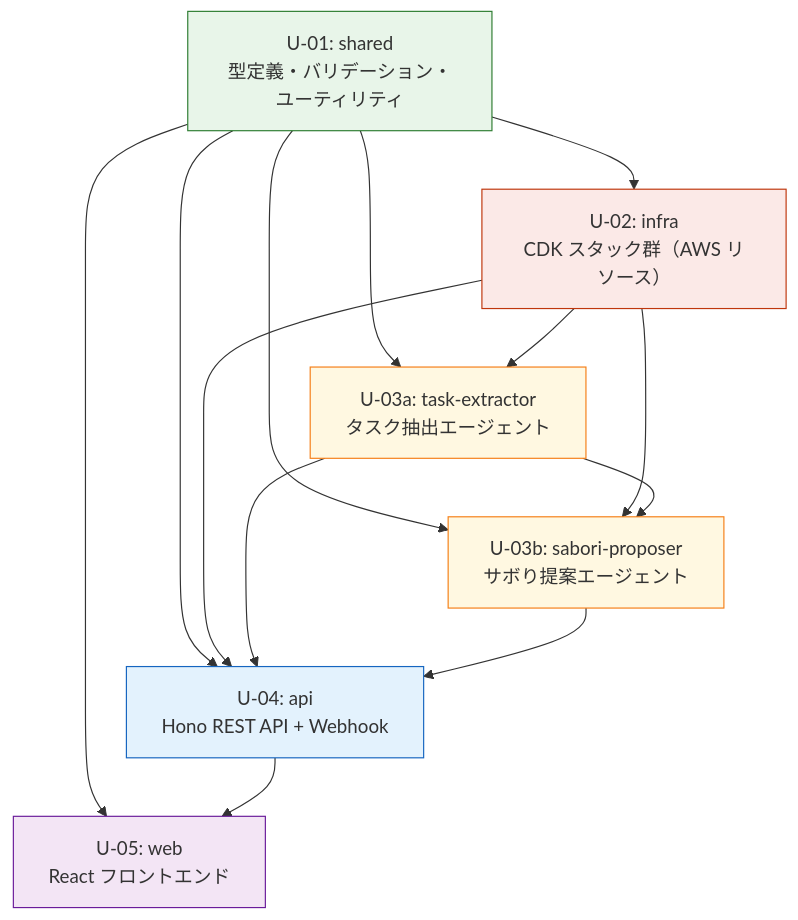
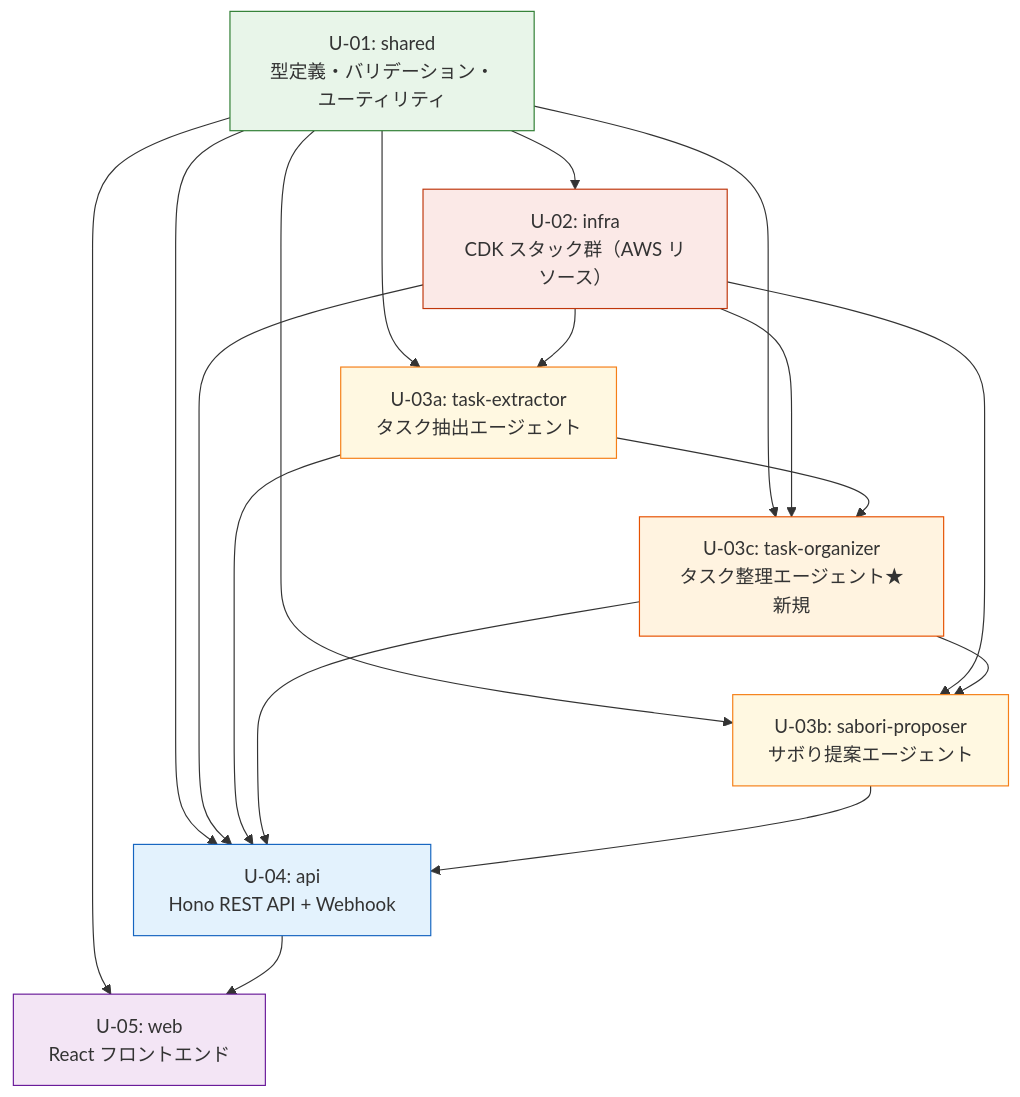
One commit to mashharuki/AWS-SummitHackathon-2026 changed the diagram in aidlc-docs/inception/units/unit-of-work.md. Above: the diagram before and after it, drawn with Mermaid. The commit also changed other lines of this file and 5 other files, not shown here.

````diff
--- a/aidlc-docs/inception/units/unit-of-work.md
+++ b/aidlc-docs/inception/units/unit-of-work.md
@@ -39,29 +41,35 @@
 ```mermaid
 graph TD
     U01["U-01: shared<br/>型定義・バリデーション・ユーティリティ"]
     U02["U-02: infra<br/>CDK スタック群（AWS リソース）"]
     U03A["U-03a: task-extractor<br/>タスク抽出エージェント"]
+    U03C["U-03c: task-organizer<br/>タスク整理エージェント★新規"]
     U03B["U-03b: sabori-proposer<br/>サボり提案エージェント"]
     U04["U-04: api<br/>Hono REST API + Webhook"]
     U05["U-05: web<br/>React フロントエンド"]
 
     U01 --> U02
     U01 --> U03A
+    U01 --> U03C
     U01 --> U03B
     U01 --> U04
     U01 --> U05
     U02 --> U03A
+    U02 --> U03C
     U02 --> U03B
     U02 --> U04
-    U03A --> U03B
+    U03A --> U03C
+    U03C --> U03B
     U03A --> U04
+    U03C --> U04
     U03B --> U04
     U04 --> U05
 
     style U01 fill:#E8F5E9,stroke:#2E7D32
     style U02 fill:#FBE9E7,stroke:#BF360C
     style U03A fill:#FFF8E1,stroke:#F57F17
+    style U03C fill:#FFF3E0,stroke:#E65100
     style U03B fill:#FFF8E1,stroke:#F57F17
     style U04 fill:#E3F2FD,stroke:#1565C0
     style U05 fill:#F3E5F5,stroke:#6A1B9A
 ```
````
